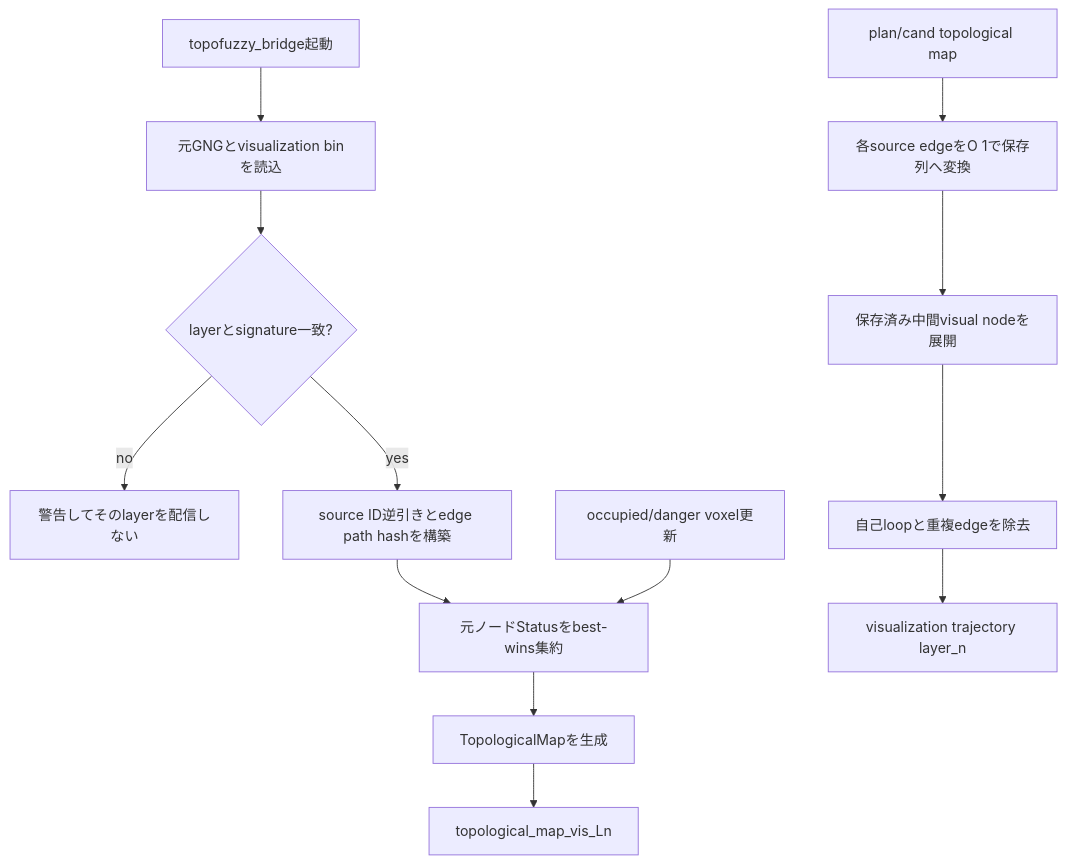
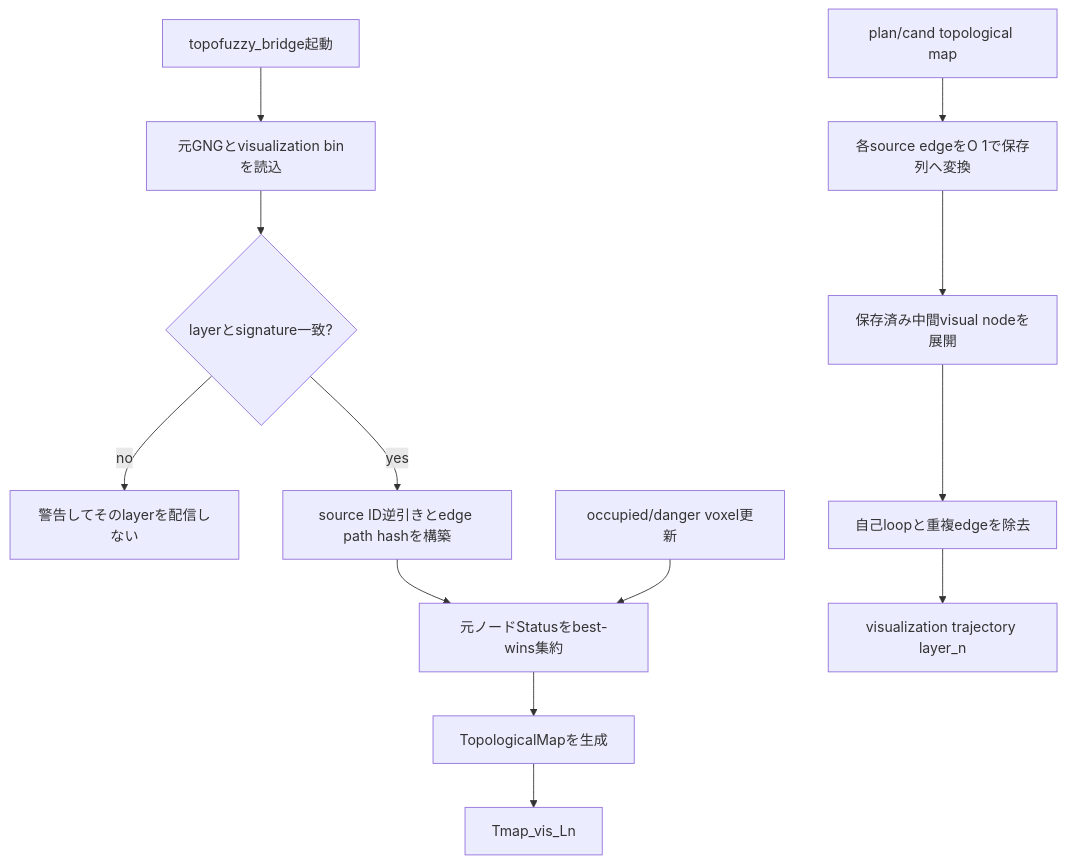
The tenth of 10 diagrams in gng_vlut_system/docs/TECHNICAL_SPEC.md (uraki-UH/arm_avoidance), drawn with Mermaid before and after one commit. The commit also changed other lines of this file and 45 other files, not shown here.

````diff
--- a/gng_vlut_system/docs/TECHNICAL_SPEC.md
+++ b/gng_vlut_system/docs/TECHNICAL_SPEC.md
@@ -912,15 +915,15 @@
 ```mermaid
 flowchart TD
     A[topofuzzy_bridge起動] --> B[元GNGとvisualization binを読込]
     B --> C{layerとsignature一致?}
     C -- no --> D[警告してそのlayerを配信しない]
     C -- yes --> E[source ID逆引きとedge path hashを構築]
     E --> F[元ノードStatusをbest-wins集約]
     F --> G[TopologicalMapを生成]
-    G --> H[topological_map_vis_Ln]
+    G --> H[Tmap_vis_Ln]
     I[occupied/danger voxel更新] --> F
     J[plan/cand topological map] --> K[各source edgeをO 1で保存列へ変換]
     K --> L[保存済み中間visual nodeを展開]
     L --> M[自己loopと重複edgeを除去]
     M --> N[visualization trajectory layer_n]
 ```
````
